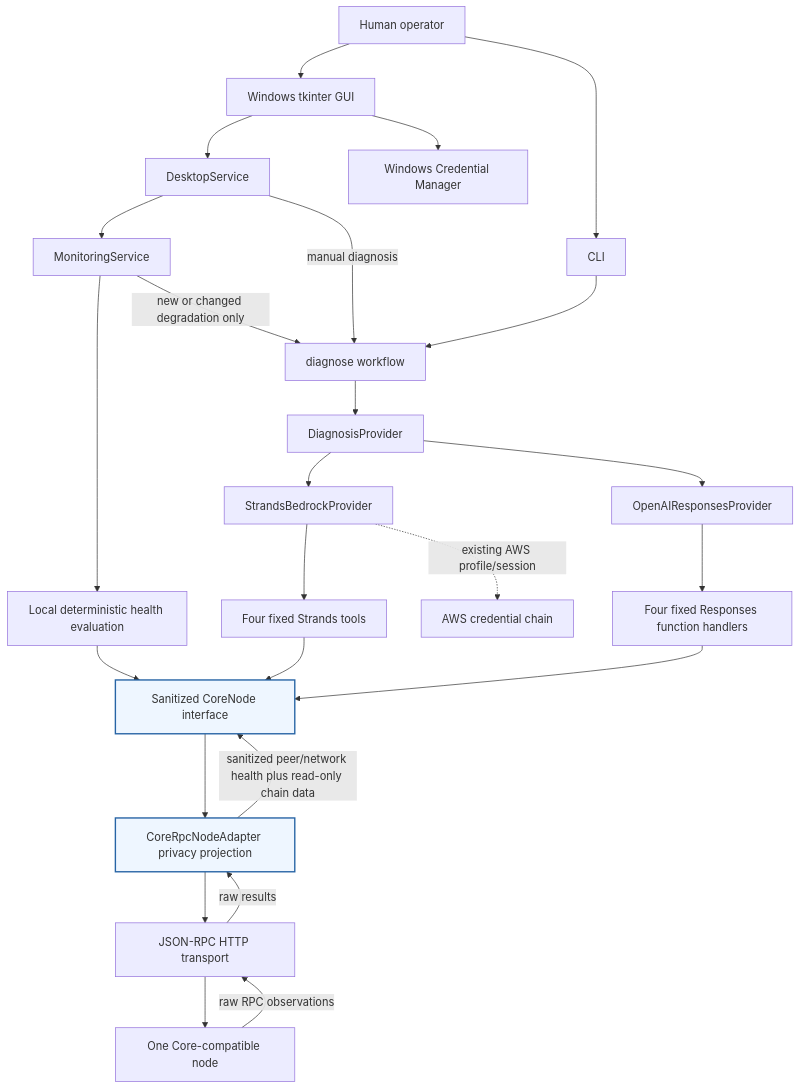
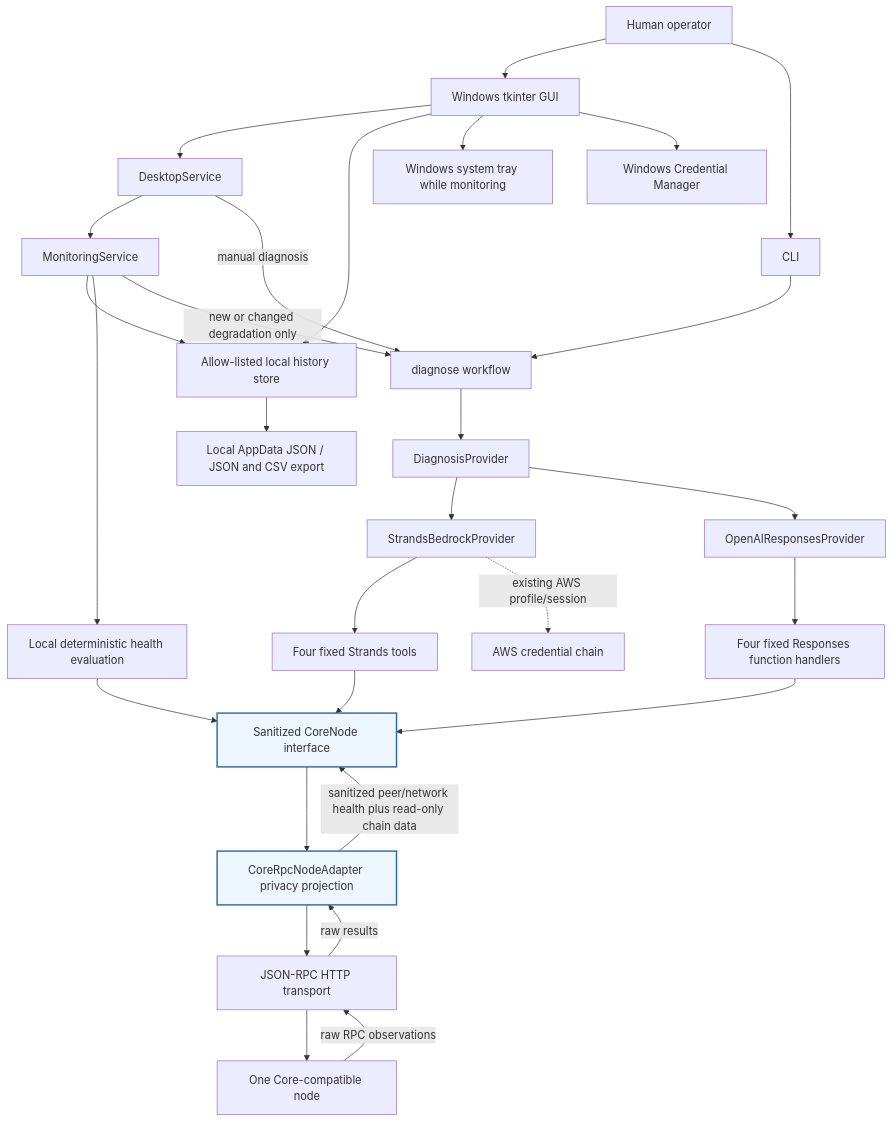
Before and after one commit to toiletslayer/CoreWarden: the diagram in ARCHITECTURE.md, drawn with Mermaid. The commit also changed other lines of this file and 16 other files, not shown here.

Commit message:
Add persistent monitoring history and tray support

````diff
--- a/ARCHITECTURE.md
+++ b/ARCHITECTURE.md
@@ -7,34 +7,38 @@
 ```mermaid
 flowchart TB
     User[Human operator] --> GUI[Windows tkinter GUI]
     User --> CLI[CLI]
     GUI --> Desktop[DesktopService]
     Desktop --> Monitor[MonitoringService]
+    Monitor --> History[Allow-listed local history store]
+    History --> LocalData[Local AppData JSON / JSON and CSV export]
     Monitor --> Health[Local deterministic health evaluation]
     Monitor -- new or changed degradation only --> Workflow[diagnose workflow]
     Desktop -- manual diagnosis --> Workflow
     CLI --> Workflow
 
     Workflow --> Provider[DiagnosisProvider]
     Provider --> Bedrock[StrandsBedrockProvider]
     Provider --> OpenAI[OpenAIResponsesProvider]
     Bedrock --> StrandsTools[Four fixed Strands tools]
     OpenAI --> OpenAITools[Four fixed Responses function handlers]
 
     StrandsTools --> CoreNode[Sanitized CoreNode interface]
     OpenAITools --> CoreNode
     Health --> CoreNode
     CoreNode --> Adapter[CoreRpcNodeAdapter privacy projection]
     Adapter --> Transport[JSON-RPC HTTP transport]
     Transport --> Node[One Core-compatible node]
 
     Node -- raw RPC observations --> Transport
     Transport -- raw results --> Adapter
     Adapter -- sanitized peer/network health plus read-only chain data --> CoreNode
 
+    GUI --> History
+    GUI --> Tray[Windows system tray while monitoring]
     GUI --> CredMgr[Windows Credential Manager]
     Bedrock -. existing AWS profile/session .-> AWS[AWS credential chain]
 
     classDef boundary fill:#eef6ff,stroke:#2764a5,stroke-width:2px;
     class Adapter,CoreNode boundary;
 ```
````
